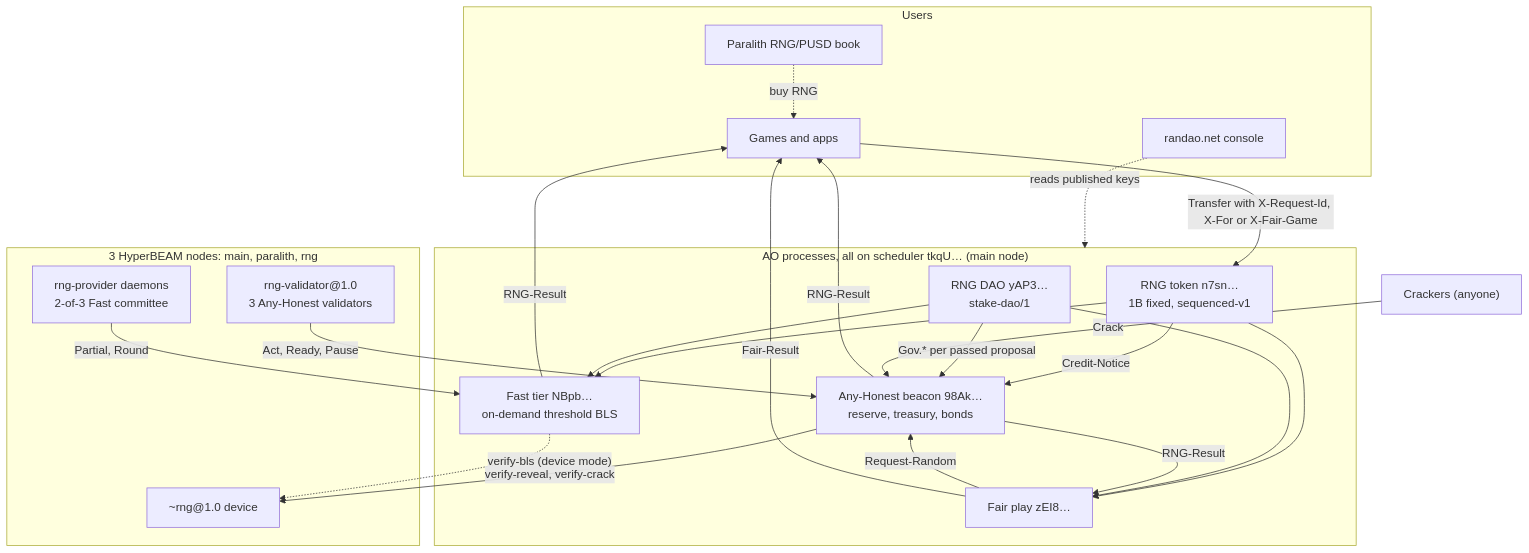
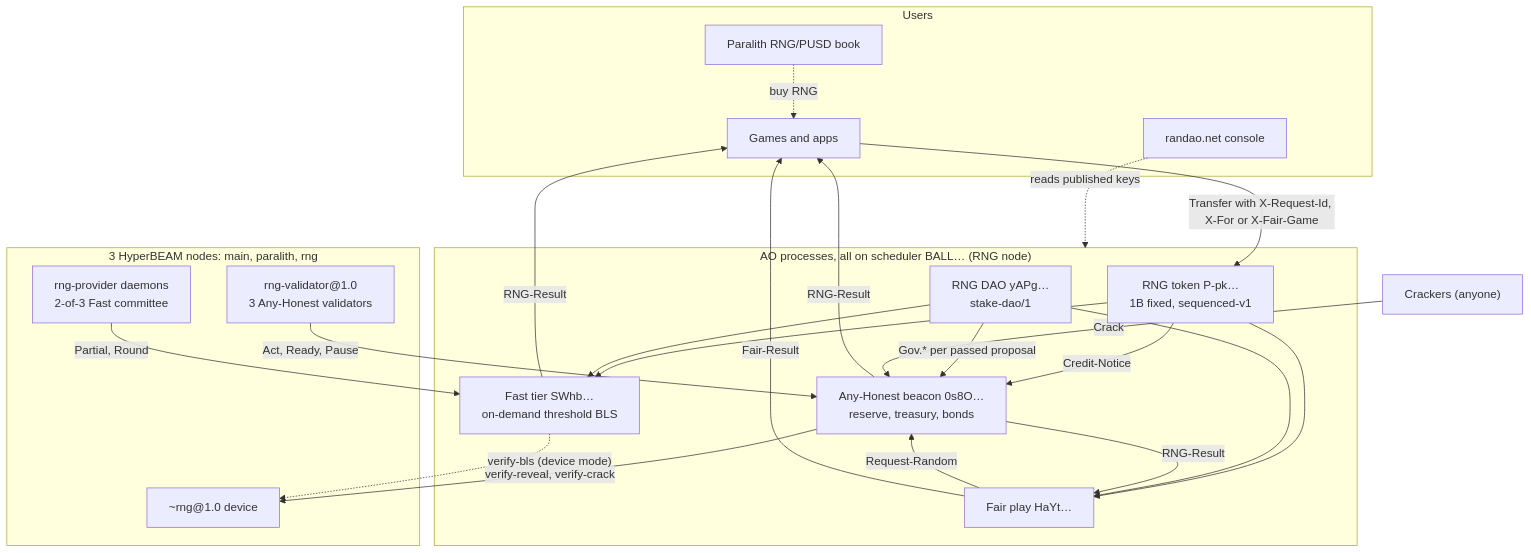
One commit to RandAOLabs/rng changed the first of 6 diagrams in docs/ARCHITECTURE.md. Above: the diagram before and after it, drawn with Mermaid. The commit also changed other lines of this file and 23 other files, not shown here.

````diff
--- a/docs/ARCHITECTURE.md
+++ b/docs/ARCHITECTURE.md
@@ -27,41 +26,41 @@
 ```mermaid
 flowchart TB
   subgraph users["Users"]
     APP["Games and apps"]
     CON["randao.net console"]
     MKT["Paralith RNG/PUSD book"]
   end
-  subgraph ao["AO processes, all on scheduler tkqU… (main node)"]
-    TOKEN["RNG token n7sn…<br/>1B fixed, sequenced-v1"]
-    DAO["RNG DAO yAP3…<br/>stake-dao/1"]
-    FAIR["Fair play zEI8…"]
-    AH["Any-Honest beacon 98Ak…<br/>reserve, treasury, bonds"]
-    FAST["Fast tier NBpb…<br/>on-demand threshold BLS"]
+  subgraph ao["AO processes, all on scheduler BALL… (RNG node)"]
+    TOKEN["RNG token P-pk…<br/>1B fixed, sequenced-v1"]
+    DAO["RNG DAO yAPg…<br/>stake-dao/1"]
+    FAIR["Fair play HaYt…"]
+    AH["Any-Honest beacon 0s8O…<br/>reserve, treasury, bonds"]
+    FAST["Fast tier SWhb…<br/>on-demand threshold BLS"]
   end
   subgraph nodes["3 HyperBEAM nodes: main, paralith, rng"]
     VAL["rng-validator@1.0<br/>3 Any-Honest validators"]
     PROV["rng-provider daemons<br/>2-of-3 Fast committee"]
     DEV["~rng@1.0 device"]
   end
   CR["Crackers (anyone)"]
 
   MKT -. "buy RNG" .-> APP
   APP -- "Transfer with X-Request-Id, X-For or X-Fair-Game" --> TOKEN
   CON -. "reads published keys" .-> ao
   TOKEN -- "Credit-Notice" --> AH
   TOKEN --> FAST
   TOKEN --> FAIR
   DAO -- "Gov.* per passed proposal" --> AH
   DAO --> FAST
   DAO --> FAIR
   FAIR -- "Request-Random" --> AH
   AH -- "RNG-Result" --> FAIR
   AH -- "RNG-Result" --> APP
   FAST -- "RNG-Result" --> APP
   FAIR -- "Fair-Result" --> APP
   VAL -- "Act, Ready, Pause" --> AH
   PROV -- "Partial, Round" --> FAST
   CR -- "Crack" --> AH
   AH -- "verify-reveal, verify-crack" --> DEV
   FAST -. "verify-bls (device mode)" .-> DEV
 ```
````
